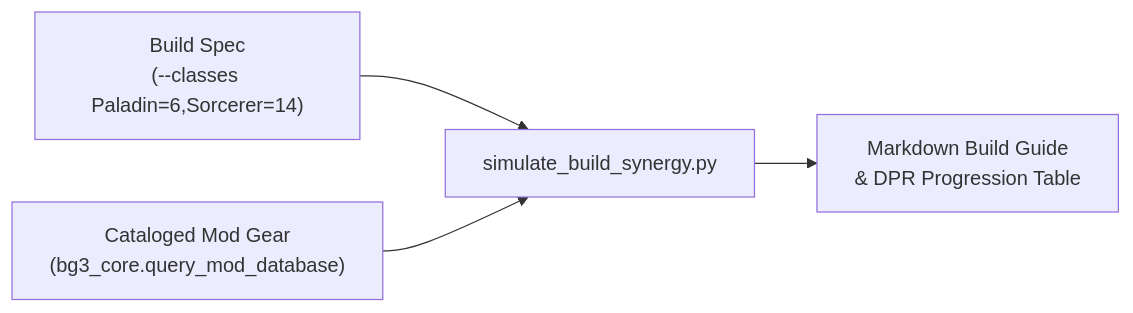
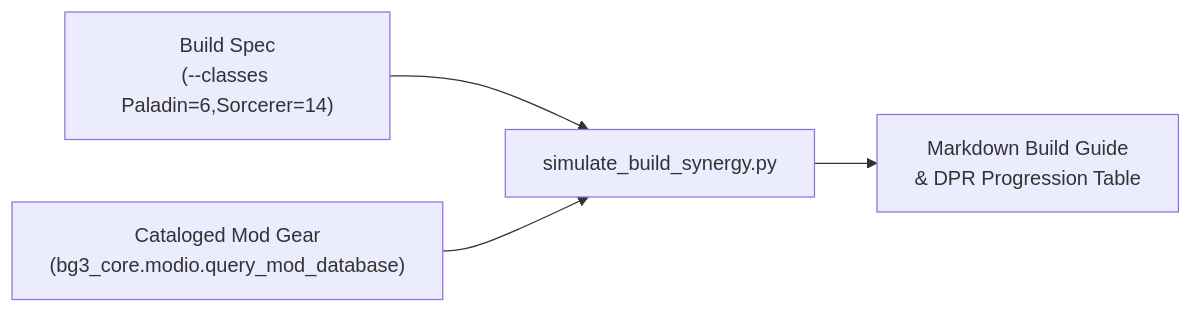
Before and after one commit to jpelton-stroud/bg3-mod-studio: the diagram in packages/bg3-theorycraft/README.md, drawn with Mermaid. The commit also changed other lines of this file and 44 other files, not shown here.

````diff
--- a/packages/bg3-theorycraft/README.md
+++ b/packages/bg3-theorycraft/README.md
@@ -11,6 +11,6 @@
 ```mermaid
 flowchart LR
     Config["Build Spec\n(--classes Paladin=6,Sorcerer=14)"] --> Simulator["simulate_build_synergy.py"]
-    Gear["Cataloged Mod Gear\n(bg3_core.query_mod_database)"] --> Simulator
+    Gear["Cataloged Mod Gear\n(bg3_core.modio.query_mod_database)"] --> Simulator
     Simulator --> Output["Markdown Build Guide\n& DPR Progression Table"]
 ```
````
